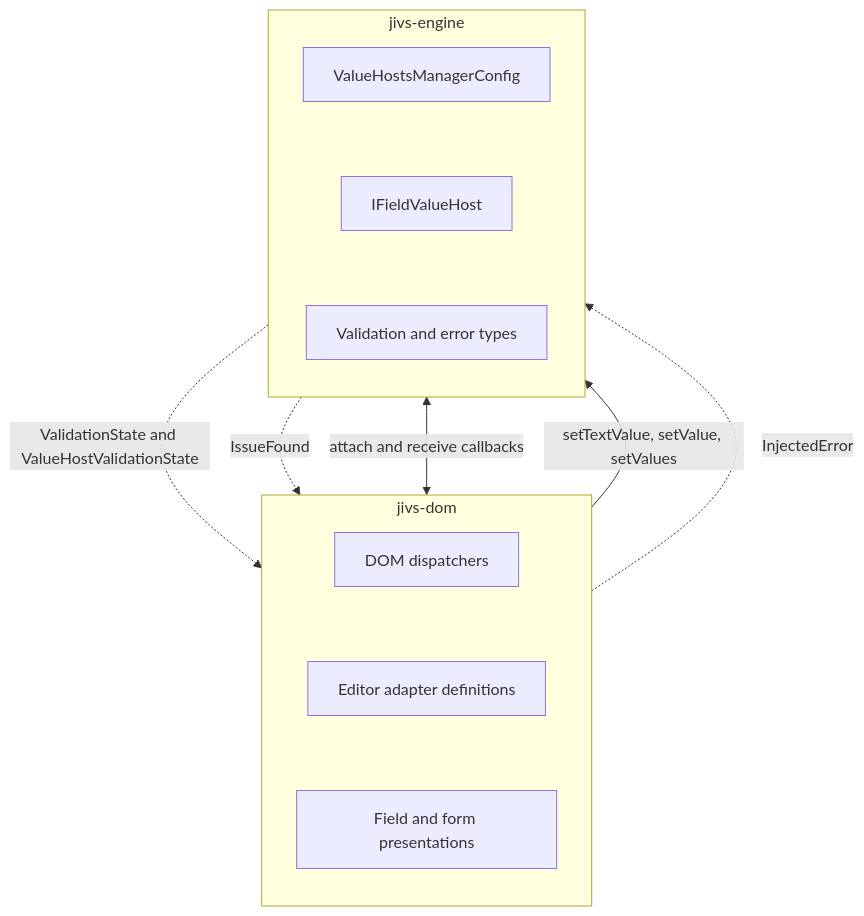
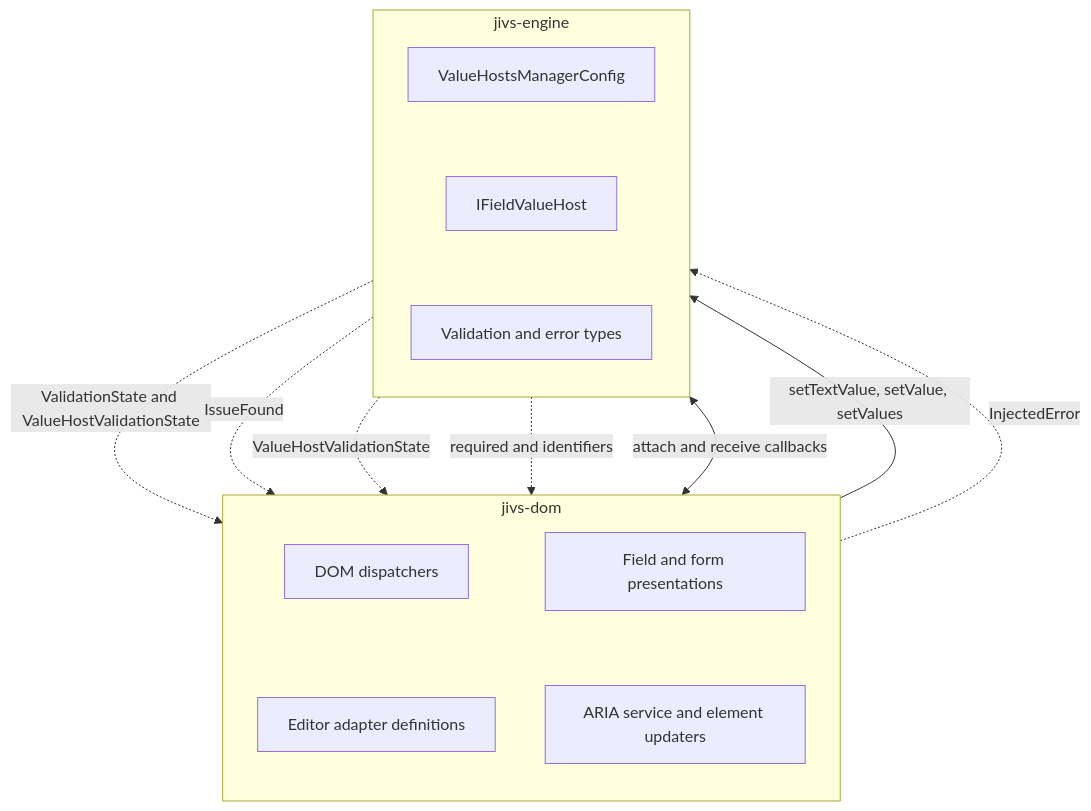
One commit to plblum/jivs changed the first of 7 diagrams in planning/Jivs-DOM_Implementation_Design.md. Above: the diagram before and after it, drawn with Mermaid. The commit also changed other lines of this file, not shown here.

Commit message:
Implementation design after Aria work

````diff
--- a/planning/Jivs-DOM_Implementation_Design.md
+++ b/planning/Jivs-DOM_Implementation_Design.md
@@ -25,29 +25,33 @@
 ```mermaid
 flowchart TB
     subgraph DOM["jivs-dom"]
         direction TB
 
         DISPATCHERS["DOM dispatchers"]
         EDITORS["Editor adapter definitions"]
         PRESENTATIONS["Field and form presentations"]
+        ARIA["ARIA service and element updaters"]
 
-        DISPATCHERS ~~~ EDITORS ~~~ PRESENTATIONS
+        DISPATCHERS ~~~ EDITORS
+        PRESENTATIONS ~~~ ARIA
     end
 
     subgraph ENGINE["jivs-engine"]
         direction TB
 
         CONFIG["ValueHostsManagerConfig"]
         FIELD["IFieldValueHost"]
         TYPES["Validation and error types"]
 
         CONFIG ~~~ FIELD ~~~ TYPES
     end
 
     DISPATCHERS <-->|"attach and receive callbacks"| CONFIG
     EDITORS -->|"setTextValue, setValue, setValues"| FIELD
 
     TYPES -.->|"ValidationState and ValueHostValidationState"| DISPATCHERS
     TYPES -.->|"IssueFound"| PRESENTATIONS
+    TYPES -.->|"ValueHostValidationState"| ARIA
+    FIELD -.->|"required and identifiers"| ARIA
     EDITORS -.->|"InjectedError"| TYPES
 ```
````
